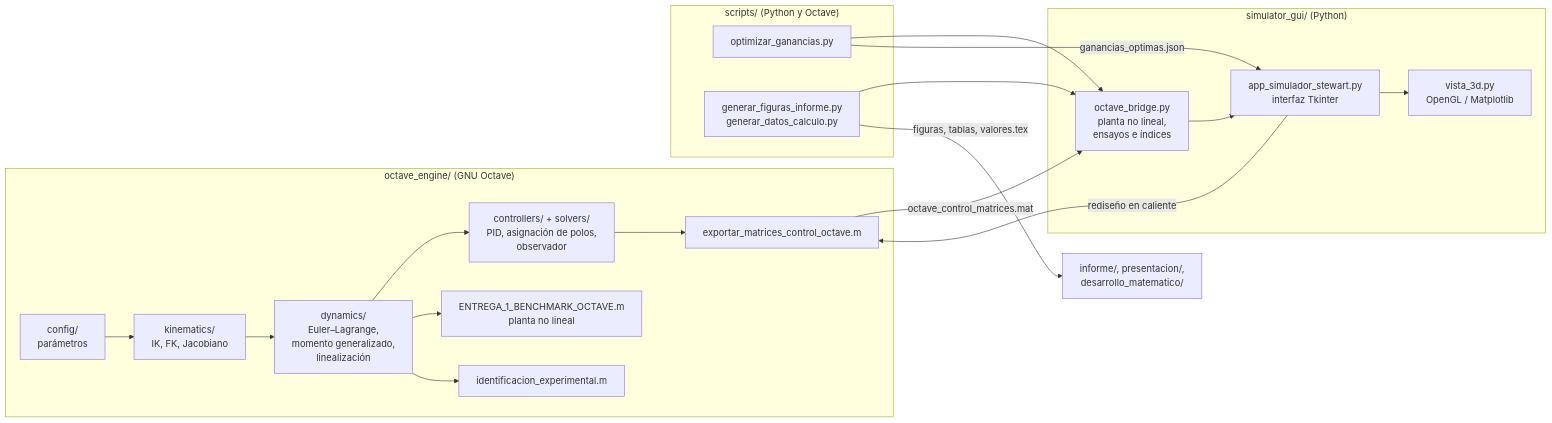
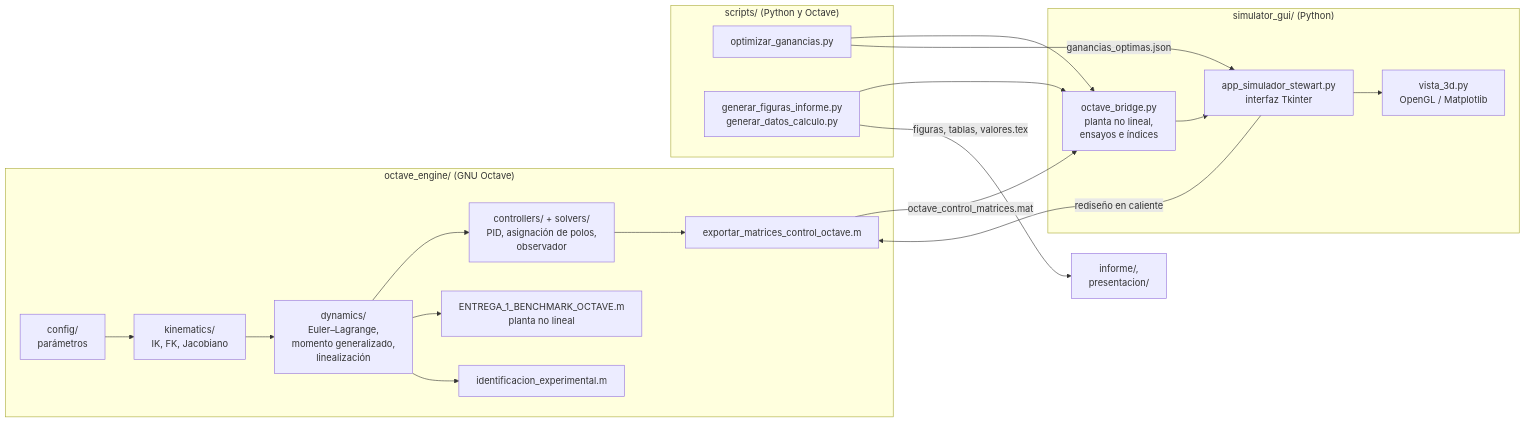
The diagram in README.md (sazuniga06/Proyecto-Plataforma-Stewart), drawn with Mermaid before and after one commit. The commit also changed other lines of this file and 27 other files, not shown here.

````diff
--- a/README.md
+++ b/README.md
@@ -57,23 +57,23 @@
 ```mermaid
 flowchart LR
     subgraph OCT["octave_engine/ (GNU Octave)"]
         P[config/<br>parámetros] --> K[kinematics/<br>IK, FK, Jacobiano]
         K --> D[dynamics/<br>Euler–Lagrange,<br>momento generalizado,<br>linealización]
         D --> C[controllers/ + solvers/<br>PID, asignación de polos,<br>observador]
         C --> E[exportar_matrices_control_octave.m]
         D --> B[ENTREGA_1_BENCHMARK_OCTAVE.m<br>planta no lineal]
         D --> I[identificacion_experimental.m]
     end
     E -->|octave_control_matrices.mat| G
     subgraph PY["simulator_gui/ (Python)"]
         G[octave_bridge.py<br>planta no lineal,<br>ensayos e índices] --> A[app_simulador_stewart.py<br>interfaz Tkinter]
         A --> V[vista_3d.py<br>OpenGL / Matplotlib]
     end
     subgraph SC["scripts/ (Python y Octave)"]
         O[optimizar_ganancias.py] --> G
         F[generar_figuras_informe.py<br>generar_datos_calculo.py] --> G
     end
     O -->|ganancias_optimas.json| A
-    F -->|figuras, tablas, valores.tex| DOC[informe/, presentacion/,<br>desarrollo_matematico/]
+    F -->|figuras, tablas, valores.tex| DOC[informe/,<br>presentacion/]
     A -->|rediseño en caliente| E
 ```
````
